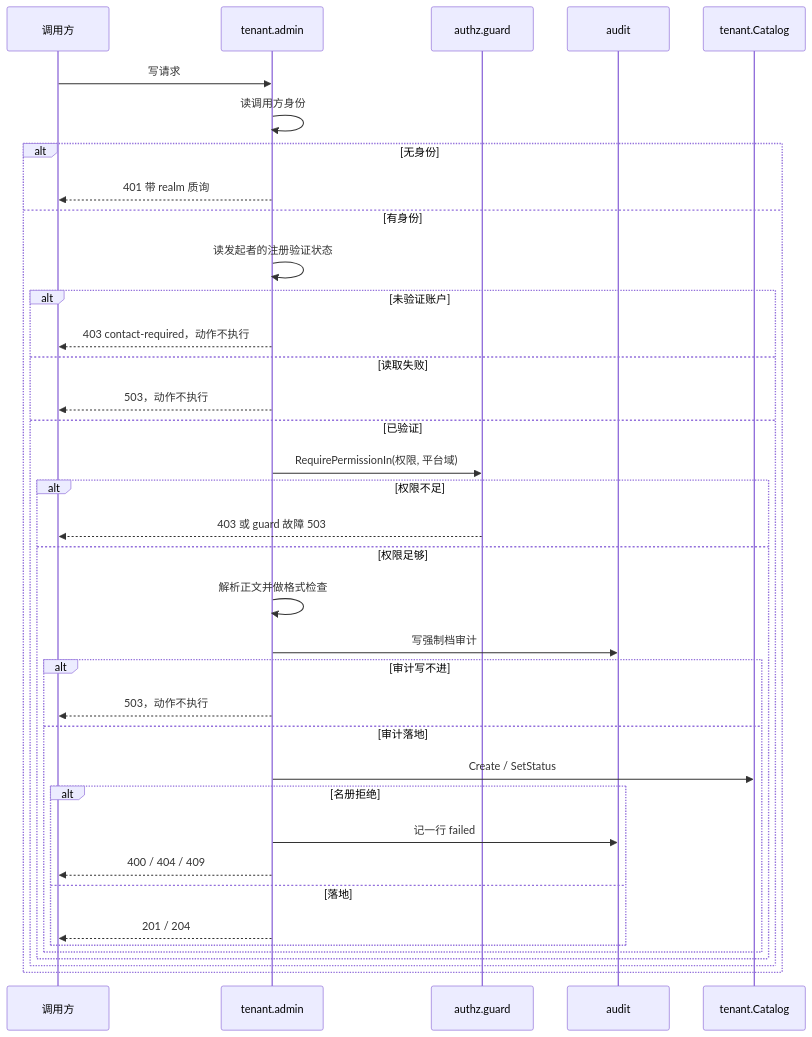
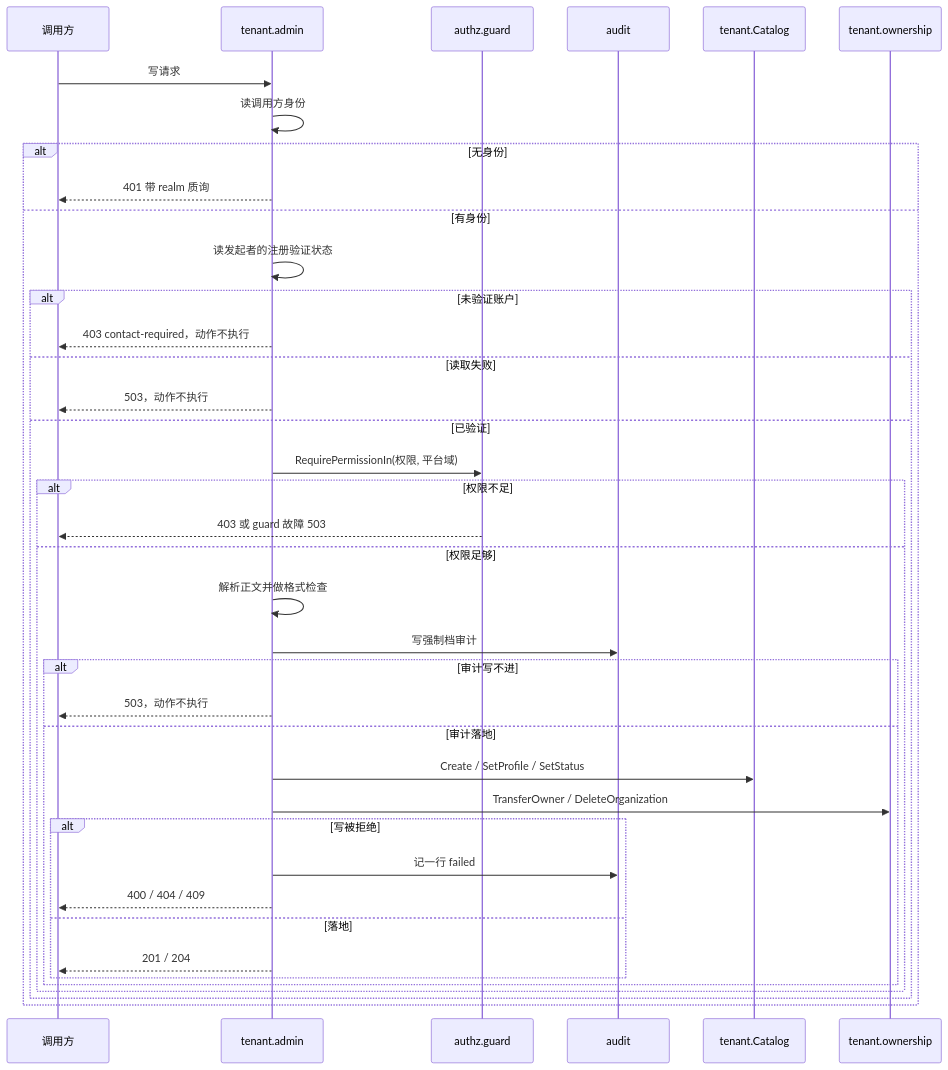
One commit to wangzw/speed changed the diagram in docs/design/modules/tenant/design-tenant-admin.md. Above: the diagram before and after it, drawn with Mermaid. The commit also changed other lines of this file and 16 other files, not shown here.

First line of the commit message:
docs(tenant): record the ownership surface and immutable aliases

````diff
--- a/docs/design/modules/tenant/design-tenant-admin.md
+++ b/docs/design/modules/tenant/design-tenant-admin.md
@@ -117,39 +131,41 @@
 ```mermaid
 sequenceDiagram
     participant C as 调用方
     participant H as tenant.admin
     participant G as authz.guard
     participant A as audit
     participant R as tenant.Catalog
+    participant O as tenant.ownership
     C->>H: 写请求
     H->>H: 读调用方身份
     alt 无身份
         H-->>C: 401 带 realm 质询
     else 有身份
         H->>H: 读发起者的注册验证状态
         alt 未验证账户
             H-->>C: 403 contact-required，动作不执行
         else 读取失败
             H-->>C: 503，动作不执行
         else 已验证
             H->>G: RequirePermissionIn(权限, 平台域)
             alt 权限不足
                 G-->>C: 403 或 guard 故障 503
             else 权限足够
                 H->>H: 解析正文并做格式检查
                 H->>A: 写强制档审计
                 alt 审计写不进
                     H-->>C: 503，动作不执行
                 else 审计落地
-                    H->>R: Create / SetStatus
-                    alt 名册拒绝
+                    H->>R: Create / SetProfile / SetStatus
+                    H->>O: TransferOwner / DeleteOrganization
+                    alt 写被拒绝
                         H->>A: 记一行 failed
                         H-->>C: 400 / 404 / 409
                     else 落地
                         H-->>C: 201 / 204
                     end
                 end
             end
         end
     end
 ```
````
